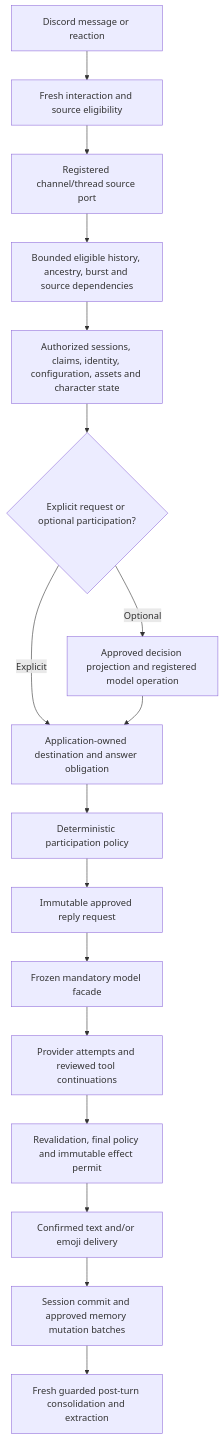
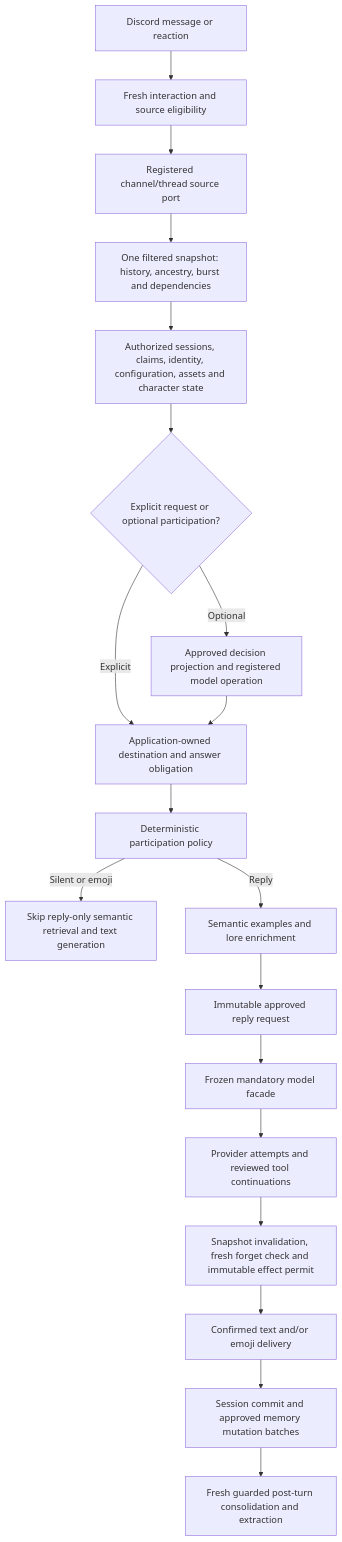
One commit to Garruvex/smilodon-discord-bot changed the diagram in docs/chat-context-final-audit-2026-10-22.md. Above: the diagram before and after it, drawn with Mermaid. The commit also changed other lines of this file and 13 other files, not shown here.

Commit message:
Preserve decision grounding and verify channel snapshot policy end to end

````diff
--- a/docs/chat-context-final-audit-2026-10-22.md
+++ b/docs/chat-context-final-audit-2026-10-22.md
@@ -15,19 +15,21 @@
 ```mermaid
 flowchart TD
   A[Discord message or reaction] --> B[Fresh interaction and source eligibility]
   B --> C[Registered channel/thread source port]
-  C --> D[Bounded eligible history, ancestry, burst and source dependencies]
+  C --> D[One filtered snapshot: history, ancestry, burst and dependencies]
   D --> E[Authorized sessions, claims, identity, configuration, assets and character state]
   E --> F{Explicit request or optional participation?}
   F -->|Explicit| H[Application-owned destination and answer obligation]
   F -->|Optional| G[Approved decision projection and registered model operation]
   G --> H
   H --> I[Deterministic participation policy]
-  I --> J[Immutable approved reply request]
+  I -->|Silent or emoji| Q[Skip reply-only semantic retrieval and text generation]
+  I -->|Reply| R[Semantic examples and lore enrichment]
+  R --> J[Immutable approved reply request]
   J --> K[Frozen mandatory model facade]
   K --> L[Provider attempts and reviewed tool continuations]
-  L --> M[Revalidation, final policy and immutable effect permit]
+  L --> M[Snapshot invalidation, fresh forget check and immutable effect permit]
   M --> N[Confirmed text and/or emoji delivery]
   N --> O[Session commit and approved memory mutation batches]
   O --> P[Fresh guarded post-turn consolidation and extraction]
 ```
````
